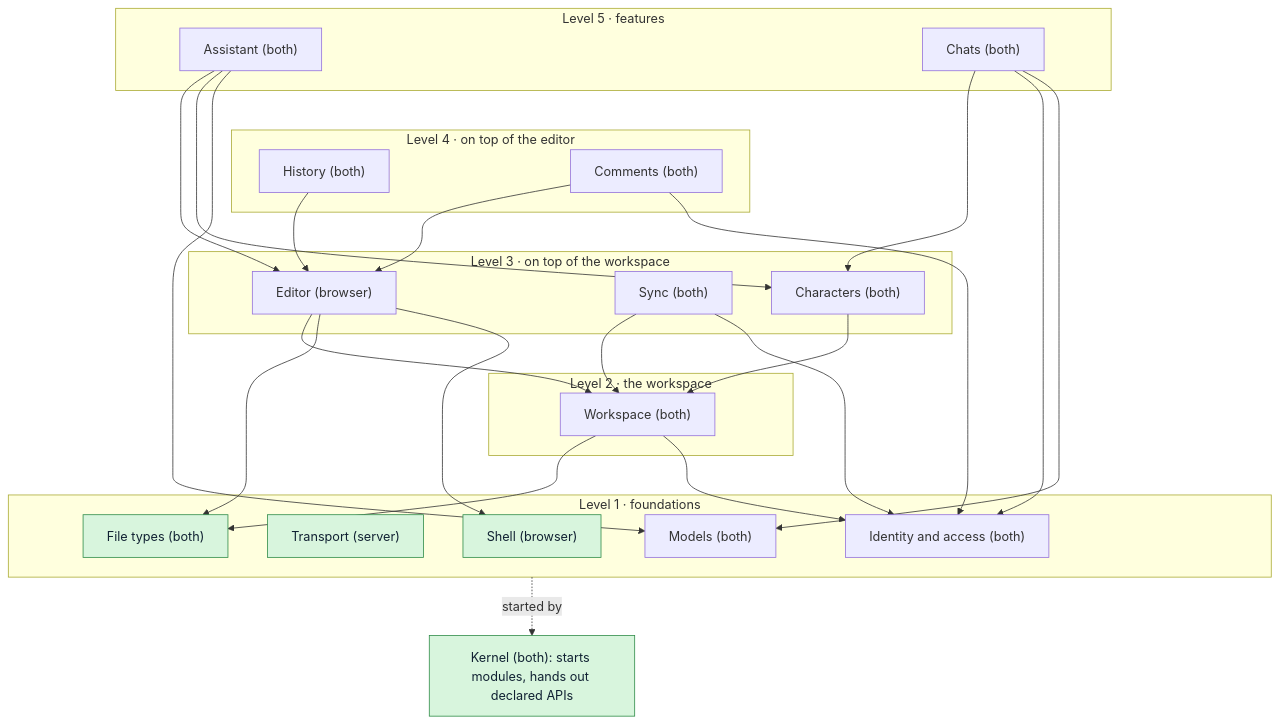
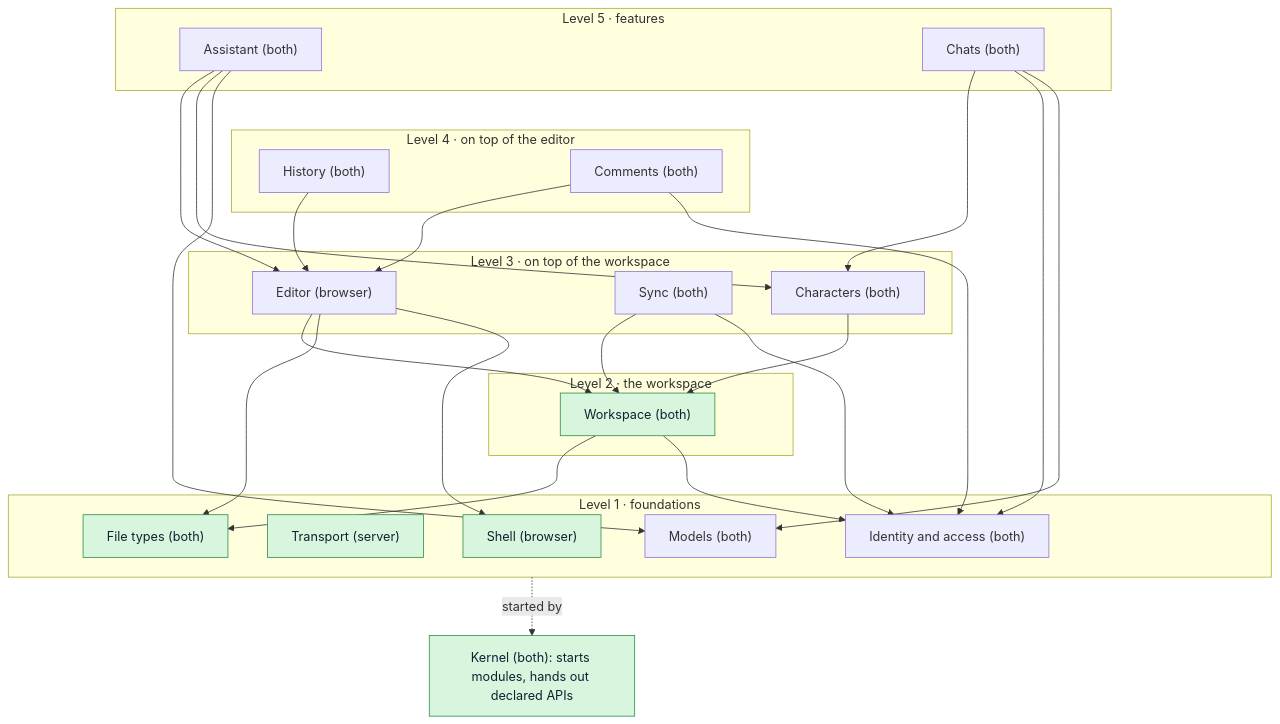
Before and after one commit to RustColeone/StiloMarker: the first of 5 diagrams in docs/ARCHITECTURE.md, drawn with Mermaid. The commit also changed other lines of this file and 25 other files, not shown here.

````diff
--- a/docs/ARCHITECTURE.md
+++ b/docs/ARCHITECTURE.md
@@ -46,41 +46,41 @@
 ```mermaid
 flowchart TB
   subgraph L5["Level 5 · features"]
     Assistant["Assistant (both)"]
     Chats["Chats (both)"]
   end
   subgraph L4["Level 4 · on top of the editor"]
     History["History (both)"]
     Comments["Comments (both)"]
   end
   subgraph L3["Level 3 · on top of the workspace"]
     Editor["Editor (browser)"]
     Sync["Sync (both)"]
     Characters["Characters (both)"]
   end
   subgraph L2["Level 2 · the workspace"]
     Workspace["Workspace (both)"]
   end
   subgraph L1["Level 1 · foundations"]
     Shell["Shell (browser)"]
     Transport["Transport (server)"]
     Identity["Identity and access (both)"]
     FileTypes["File types (both)"]
     Models["Models (both)"]
   end
   Kernel["Kernel (both): starts modules, hands out declared APIs"]
 
   Assistant --> Editor & Characters & Models
   Chats --> Characters & Identity & Models
   History --> Editor
   Comments --> Editor & Identity
   Editor --> Workspace & FileTypes & Shell
   Characters --> Workspace
   Sync --> Workspace & Identity
   Workspace --> FileTypes & Identity
   L1 -.started by.-> Kernel
   L5 ~~~ L4 ~~~ L3 ~~~ L2 ~~~ L1
 
   classDef built fill:#d8f5dd,stroke:#2e8b47,color:#123;
-  class Shell,Transport,FileTypes,Kernel built;
+  class Shell,Transport,FileTypes,Workspace,Kernel built;
 ```
````
